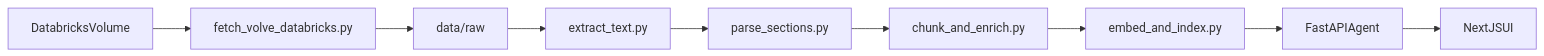
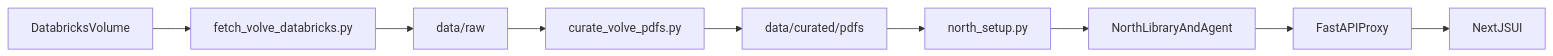
The diagram in README.md (CohereJohnny/og-eowi), drawn with Mermaid before and after one commit. The commit also changed other lines of this file and 30 other files, not shown here.

First line of the commit message:
feat: Sprint 3 North integration and Sprint 3.5 data prep (#17)

````diff
--- a/README.md
+++ b/README.md
@@ -43,11 +43,11 @@
 ```mermaid
 flowchart LR
     Databricks[DatabricksVolume] --> Export[fetch_volve_databricks.py]
     Export --> Raw[data/raw]
-    Raw --> Extract[extract_text.py]
-    Extract --> Parse[parse_sections.py]
-    Parse --> Chunk[chunk_and_enrich.py]
-    Chunk --> Index[embed_and_index.py]
-    Index --> Backend[FastAPIAgent]
+    Raw --> Curate[curate_volve_pdfs.py]
+    Curate --> Curated[data/curated/pdfs]
+    Curated --> NorthSetup[north_setup.py]
+    NorthSetup --> North[NorthLibraryAndAgent]
+    North --> Backend[FastAPIProxy]
     Backend --> Frontend[NextJSUI]
 ```
````
